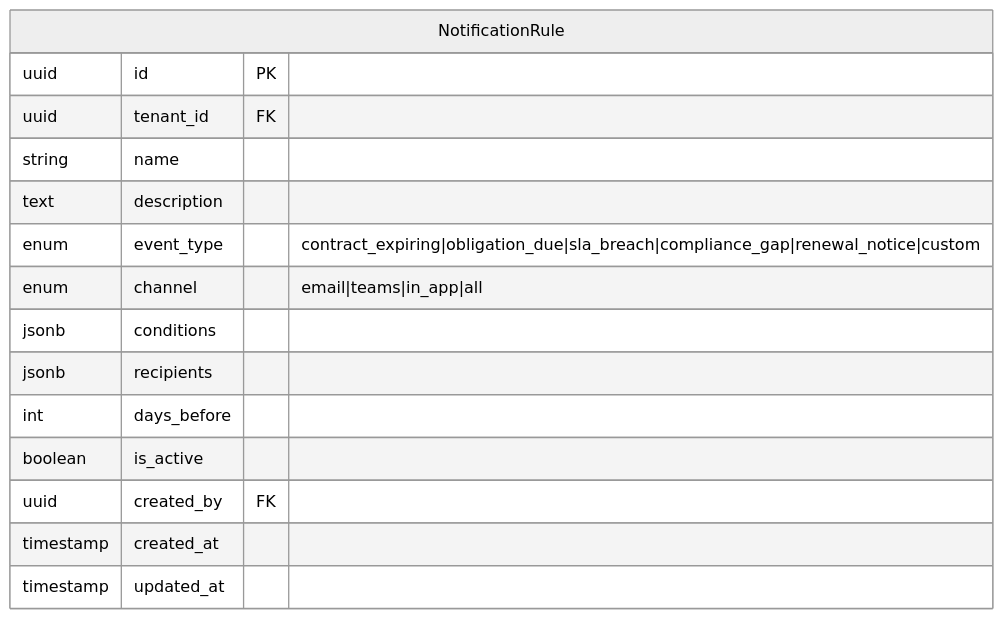
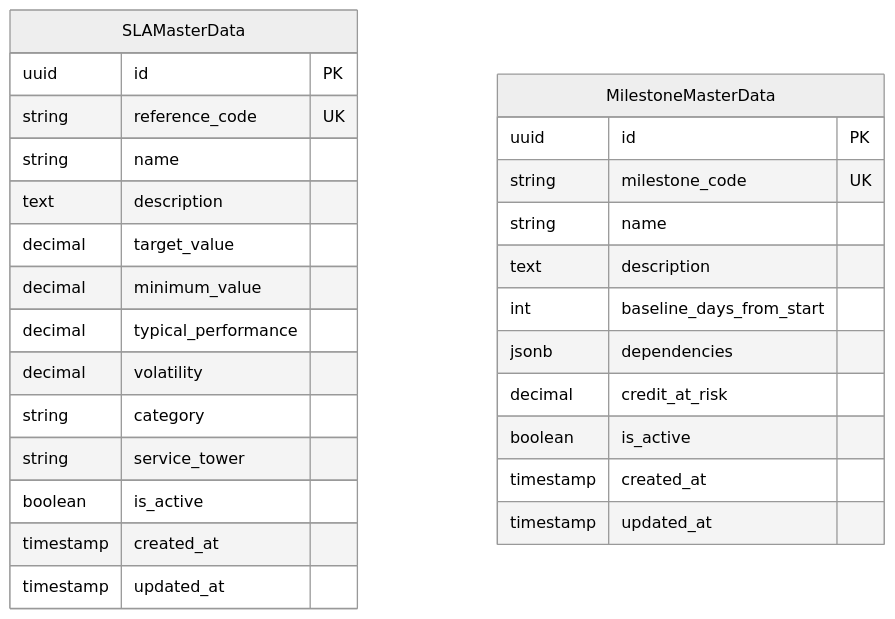
Diagram 44 of 51 in docs/DATA_MODEL.md (jjayarajdev/clm-evaluetor), drawn with Mermaid (neutral theme) before and after one commit. The commit also changed other lines of this file and 19 other files, not shown here.

````diff
--- a/docs/DATA_MODEL.md
+++ b/docs/DATA_MODEL.md
@@ -1024,18 +1911,31 @@
 ```mermaid
 erDiagram
-    NotificationRule {
+    SLAMasterData {
         uuid id PK
-        uuid tenant_id FK
+        string reference_code UK
         string name
         text description
-        enum event_type "contract_expiring|obligation_due|sla_breach|compliance_gap|renewal_notice|custom"
-        enum channel "email|teams|in_app|all"
-        jsonb conditions
-        jsonb recipients
-        int days_before
+        decimal target_value
+        decimal minimum_value
+        decimal typical_performance
+        decimal volatility
+        string category
+        string service_tower
         boolean is_active
-        uuid created_by FK
+        timestamp created_at
+        timestamp updated_at
+    }
+
+    MilestoneMasterData {
+        uuid id PK
+        string milestone_code UK
+        string name
+        text description
+        int baseline_days_from_start
+        jsonb dependencies
+        decimal credit_at_risk
+        boolean is_active
         timestamp created_at
         timestamp updated_at
     }
 ```
````
